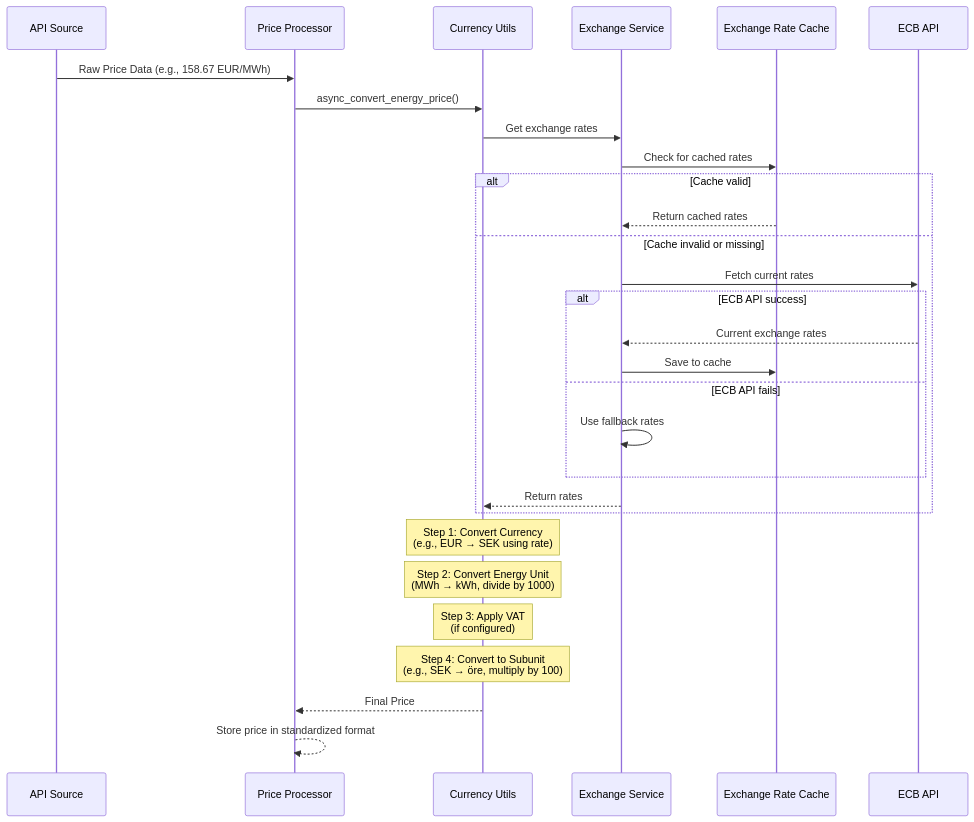
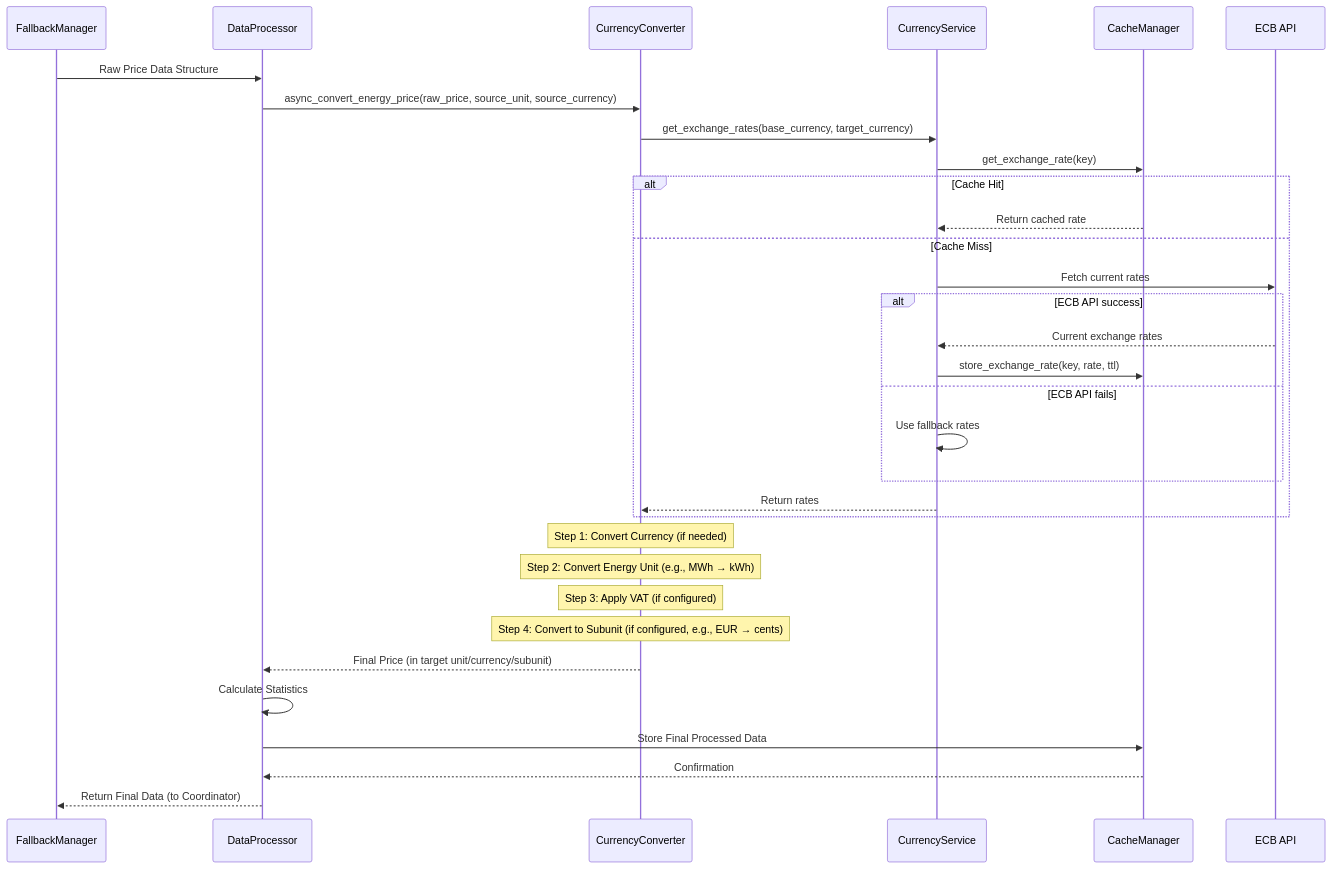
The fourth of 6 diagrams in README.md (enoch85/ge-spot), drawn with Mermaid before and after one commit. The commit also changed other lines of this file, not shown here.

````diff
--- a/README.md
+++ b/README.md
@@ -312,39 +320,40 @@
 ```mermaid
 sequenceDiagram
-    participant API as API Source
-    participant Processor as Price Processor
-    participant Converter as Currency Utils
-    participant Exchange as Exchange Service
-    participant Cache as Exchange Rate Cache
+    participant FallbackMgr as FallbackManager
+    participant Processor as DataProcessor
+    participant Converter as CurrencyConverter
+    participant CurrencySvc as CurrencyService
+    participant CacheMgr as CacheManager
     participant ECB as ECB API
-    
-    API->>Processor: Raw Price Data (e.g., 158.67 EUR/MWh)
-    
-    Processor->>Converter: async_convert_energy_price()
-    
-    Converter->>Exchange: Get exchange rates
-    Exchange->>Cache: Check for cached rates
-    
-    alt Cache valid
-        Cache-->>Exchange: Return cached rates
-    else Cache invalid or missing
-        Exchange->>ECB: Fetch current rates
-        
+
+    FallbackMgr->>Processor: Raw Price Data Structure
+
+    Processor->>Converter: async_convert_energy_price(raw_price, source_unit, source_currency)
+
+    Converter->>CurrencySvc: get_exchange_rates(base_currency, target_currency)
+
+    CurrencySvc->>CacheMgr: get_exchange_rate(key)
+    alt Cache Hit
+        CacheMgr-->>CurrencySvc: Return cached rate
+    else Cache Miss
+        CurrencySvc->>ECB: Fetch current rates
         alt ECB API success
-            ECB-->>Exchange: Current exchange rates
-            Exchange->>Cache: Save to cache
+            ECB-->>CurrencySvc: Current exchange rates
+            CurrencySvc->>CacheMgr: store_exchange_rate(key, rate, ttl)
         else ECB API fails
-            Exchange->>Exchange: Use fallback rates
+            CurrencySvc->>CurrencySvc: Use fallback rates
         end
-        
-        Exchange-->>Converter: Return rates
+        CurrencySvc-->>Converter: Return rates
     end
-    
-    Note over Converter: Step 1: Convert Currency<br>(e.g., EUR → SEK using rate)
-    Note over Converter: Step 2: Convert Energy Unit<br>(MWh → kWh, divide by 1000)
-    Note over Converter: Step 3: Apply VAT<br>(if configured)
-    Note over Converter: Step 4: Convert to Subunit<br>(e.g., SEK → öre, multiply by 100)
-    
-    Converter-->>Processor: Final Price
-    Processor-->>Processor: Store price in standardized format
+
+    Note over Converter: Step 1: Convert Currency (if needed)
+    Note over Converter: Step 2: Convert Energy Unit (e.g., MWh → kWh)
+    Note over Converter: Step 3: Apply VAT (if configured)
+    Note over Converter: Step 4: Convert to Subunit (if configured, e.g., EUR → cents)
+
+    Converter-->>Processor: Final Price (in target unit/currency/subunit)
+    Processor->>Processor: Calculate Statistics
+    Processor->>CacheMgr: Store Final Processed Data
+    CacheMgr-->>Processor: Confirmation
+    Processor-->>FallbackMgr: Return Final Data (to Coordinator)
 ```
````
